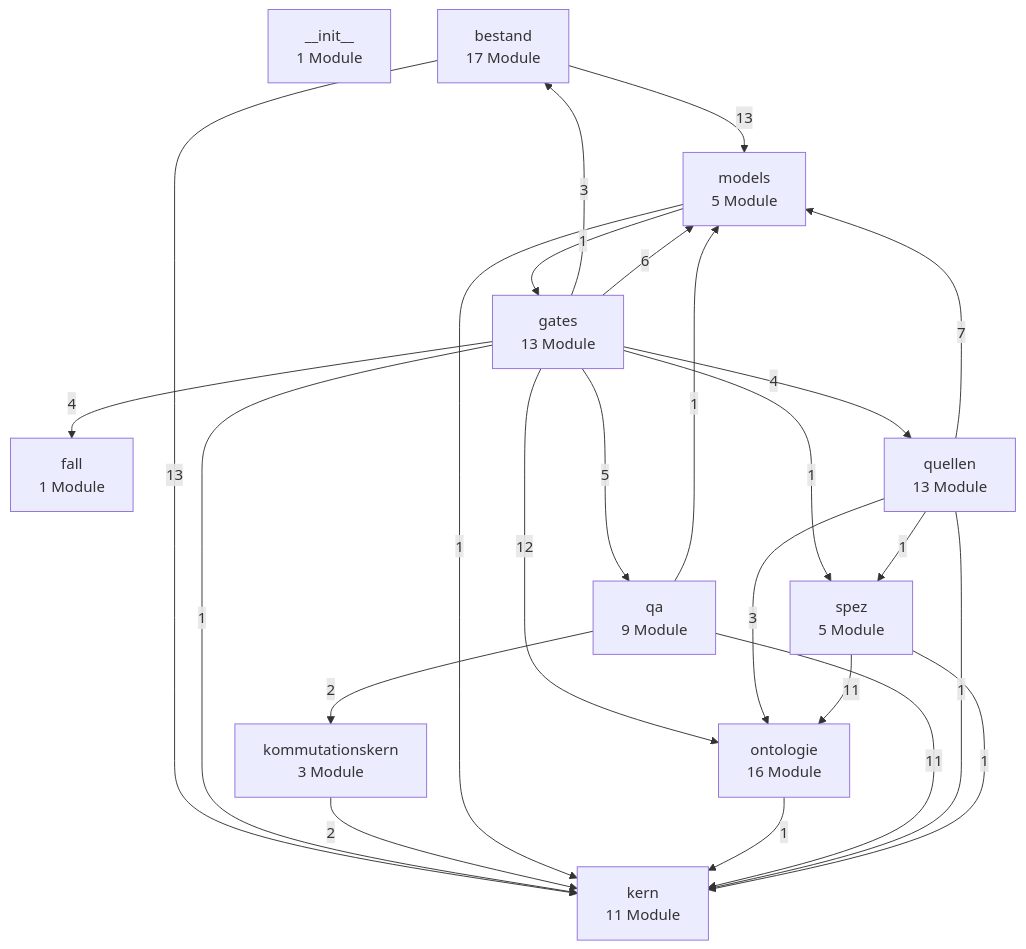
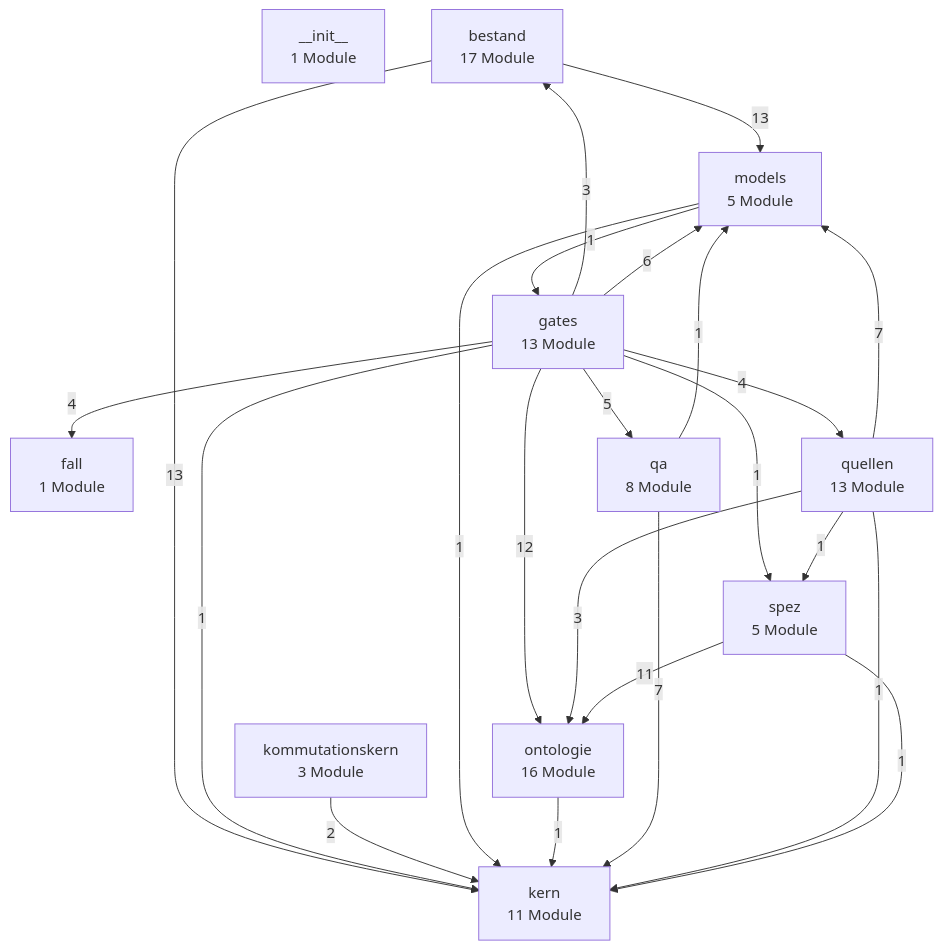
Before and after one commit to bartlmac/rechner-pipeline: the first of 3 diagrams in docs/architektur/landkarte.md, drawn with Mermaid. The commit also changed other lines of this file and 9 other files, not shown here.

````diff
--- a/docs/architektur/landkarte.md
+++ b/docs/architektur/landkarte.md
@@ -27,38 +27,37 @@
 ```mermaid
 %% Schichten — erzeugt von ontologie.landkarte
 flowchart TD
     n__init__["__init__<br/>1 Module"]
     bestand["bestand<br/>17 Module"]
     fall["fall<br/>1 Module"]
     gates["gates<br/>13 Module"]
     kern["kern<br/>11 Module"]
     kommutationskern["kommutationskern<br/>3 Module"]
     models["models<br/>5 Module"]
     ontologie["ontologie<br/>16 Module"]
-    qa["qa<br/>9 Module"]
+    qa["qa<br/>8 Module"]
     quellen["quellen<br/>13 Module"]
     spez["spez<br/>5 Module"]
     bestand -- 13 --> kern
     bestand -- 13 --> models
     gates -- 3 --> bestand
     gates -- 4 --> fall
     gates -- 1 --> kern
     gates -- 6 --> models
     gates -- 12 --> ontologie
     gates -- 5 --> qa
     gates -- 4 --> quellen
     gates -- 1 --> spez
     kommutationskern -- 2 --> kern
     models -- 1 --> gates
     models -- 1 --> kern
     ontologie -- 1 --> kern
-    qa -- 11 --> kern
-    qa -- 2 --> kommutationskern
+    qa -- 7 --> kern
     qa -- 1 --> models
     quellen -- 1 --> kern
     quellen -- 7 --> models
     quellen -- 3 --> ontologie
     quellen -- 1 --> spez
     spez -- 1 --> kern
     spez -- 11 --> ontologie
 ```
````
